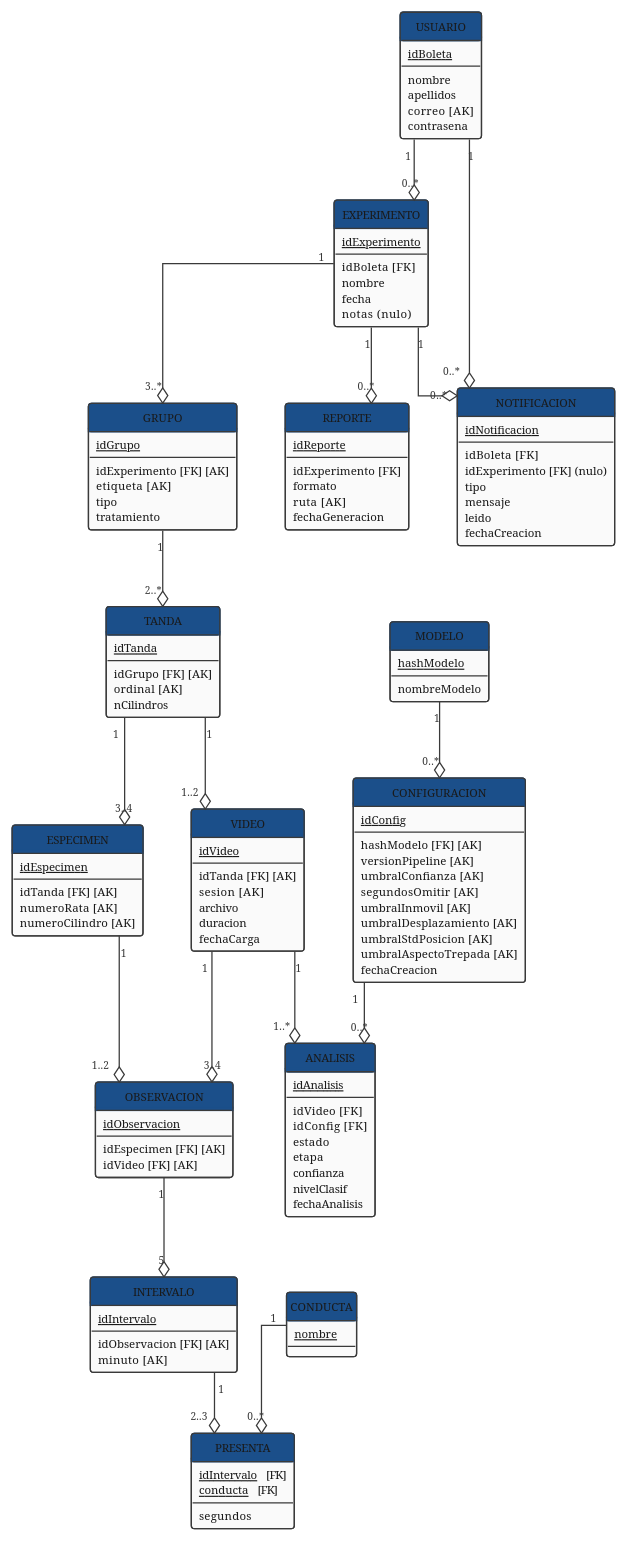
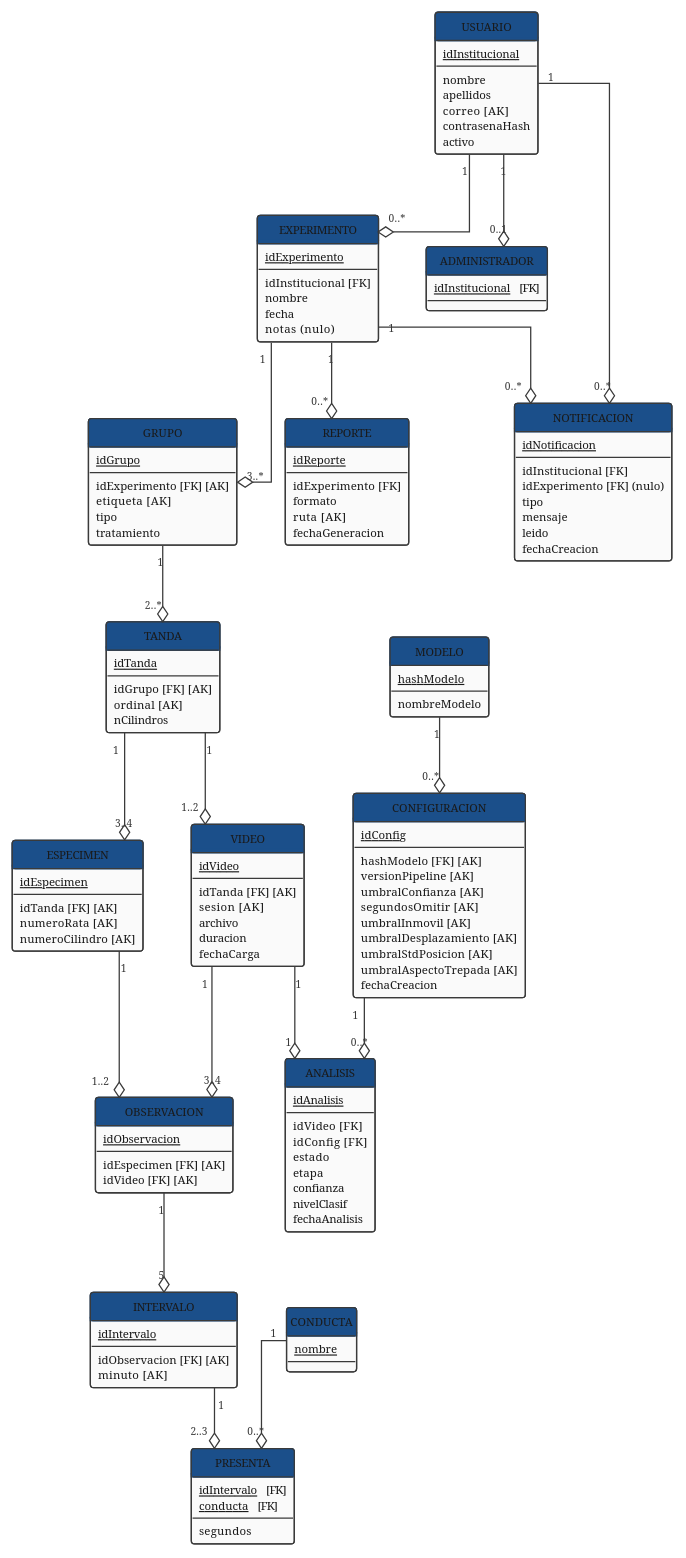
Before and after one commit to ErickJester/fst-ai-system-latex: the diagram in diagramas/grafo_relacional_reconciliado.puml, drawn with PlantUML. The commit also changed 17 other files, not shown here.

```diff
--- a/diagramas/grafo_relacional_reconciliado.puml
+++ b/diagramas/grafo_relacional_reconciliado.puml
@@ -7,10 +7,14 @@
 '  Las 11 relaciones del esquema logico definitivo mas las cuatro
 '  que el sistema necesita y que el universo del discurso del
 '  laboratorio no contenia: MODELO, CONFIGURACION, REPORTE y
-'  NOTIFICACION.
+'  NOTIFICACION. Mas ADMINISTRADOR (D-08, 13-sep): no es un tipo
+'  de usuario aparte, es un investigador con permisos extra,
+'  modelado como subtipo -- si el usuario no aparece aqui, es
+'  investigador simple.
 '
-'  15 relaciones - 71 atributos - 16 llaves foraneas.
-'  Validado relacion por relacion: las cuatro nuevas quedan en BCNF.
+'  16 relaciones - 73 atributos - 17 llaves foraneas.
+'  Validado relacion por relacion: las cuatro de la reconciliacion
+'  y ADMINISTRADOR quedan en BCNF.
 '
 '  ---- Que cambio respecto de la version de 14 ----
 '  Se separo MODELO (hashModelo, nombreModelo). En la version de 14,
@@ -44,11 +48,12 @@
 '                         logica: un analisis en proceso puede estar
 '                         en cualquiera de las cuatro etapas.
 '
-'  ---- Pendiente ----
-'  D-03  VIDEO--ANALISIS sigue en (1,N). Mientras siga asi, los
-'        resultados cuelgan de VIDEO y no del ANALISIS que los
-'        produjo. Si se cierra en (1,1) el modelo es consistente.
+'  ---- D-03 resuelto (equipo, 13-sep) ----
+'  Se reemplaza: un video tiene como mucho un analisis vigente. Al
+'  reanalizar, el resultado nuevo sustituye al anterior, no se
+'  conserva historial. VIDEO--ANALISIS baja de (1,N) a (1,1).
 '
+
 '  Generar:
 '      java -jar plantuml.jar -tpng diagramas/grafo_relacional_reconciliado.puml
 ' ================================================================
@@ -89,18 +94,19 @@
 ' ━━━━━━━━━━━━━━━━━━━━━━━━━━━━━━━━━━━━━━━━━━━━━━━━━━━━━━━━━━━━━━━━
 
 class USUARIO {
-  <u>idBoleta</u>
+  <u>idInstitucional</u>
   --
   nombre
   apellidos
   correo   [AK]
-  contrasena
+  contrasenaHash
+  activo
 }
 
 class EXPERIMENTO {
   <u>idExperimento</u>
   --
-  idBoleta   [FK]
+  idInstitucional   [FK]
   nombre
   fecha
   notas   (nulo)
@@ -178,6 +184,10 @@
   segundos
 }
 
+class ADMINISTRADOR {
+  <u>idInstitucional</u>   [FK]
+}
+
 ' ━━━━━━━━━━━━━━━━━━━━━━━━━━━━━━━━━━━━━━━━━━━━━━━━━━━━━━━━━━━━━━━━
 '  SOPORTE DEL SISTEMA  -  las cuatro que el laboratorio no nombra
 ' ━━━━━━━━━━━━━━━━━━━━━━━━━━━━━━━━━━━━━━━━━━━━━━━━━━━━━━━━━━━━━━━━
@@ -214,7 +224,7 @@
 class NOTIFICACION {
   <u>idNotificacion</u>
   --
-  idBoleta   [FK]
+  idInstitucional   [FK]
   idExperimento   [FK] (nulo)
   tipo
   mensaje
@@ -231,7 +241,7 @@
 GRUPO          "1" --o "2..*" TANDA
 TANDA          "1" --o "3..4" ESPECIMEN
 TANDA          "1" --o "1..2" VIDEO
-VIDEO          "1" --o "1..*" ANALISIS
+VIDEO          "1" --o "1"    ANALISIS
 CONFIGURACION  "1" --o "0..*" ANALISIS
 MODELO         "1" --o "0..*" CONFIGURACION
 ESPECIMEN      "1" --o "1..2" OBSERVACION
@@ -242,5 +252,6 @@
 EXPERIMENTO    "1" --o "0..*" REPORTE
 USUARIO        "1" --o "0..*" NOTIFICACION
 EXPERIMENTO    "1" --o "0..*" NOTIFICACION
+USUARIO        "1" --o "0..1" ADMINISTRADOR
 
 @enduml
```
